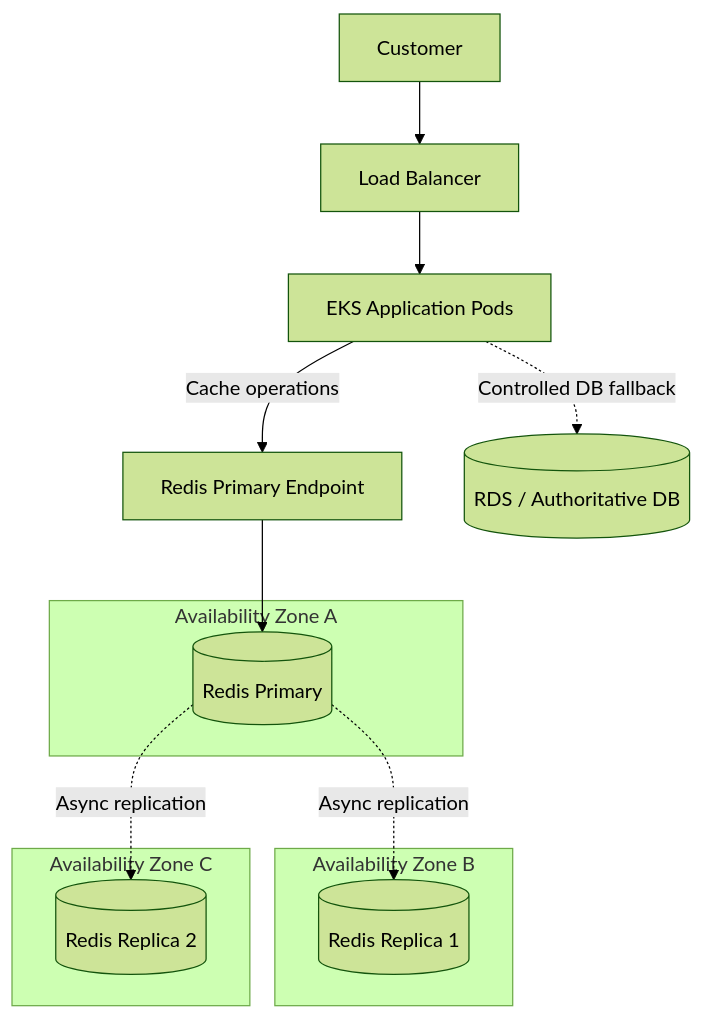
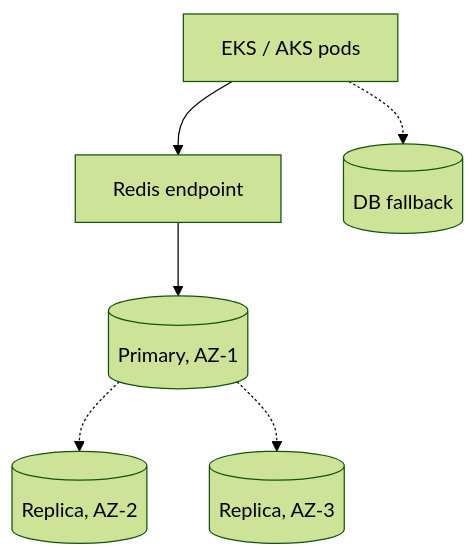
The ninth of 14 diagrams in system_design_notes/04_caching_strategies_redis_ha_failure_recovery_interview_notes.md (Johnybritto/system_design), drawn with Mermaid (forest theme) before and after one commit. The commit also changed other lines of this file, not shown here.

Commit message:
docs: align caching guide with chat Q&A and simplify Mermaid diagrams

````diff
--- a/system_design_notes/04_caching_strategies_redis_ha_failure_recovery_interview_notes.md
+++ b/system_design_notes/04_caching_strategies_redis_ha_failure_recovery_interview_notes.md
@@ -257,23 +291,8 @@
 ```mermaid
 flowchart TD
-  U["Customer"]
-  LB["Load Balancer"]
-  APP["EKS Application Pods"]
-  EP["Redis Primary Endpoint"]
-  DB[("RDS / Authoritative DB")]
-  U --> LB --> APP
-  APP -->|"Cache operations"| EP
-  APP -.->|"Controlled DB fallback"| DB
-  subgraph AZ1["Availability Zone A"]
-    P[("Redis Primary")]
-  end
-  subgraph AZ2["Availability Zone B"]
-    R1[("Redis Replica 1")]
-  end
-  subgraph AZ3["Availability Zone C"]
-    R2[("Redis Replica 2")]
-  end
-  EP --> P
-  P -.->|"Async replication"| R1
-  P -.->|"Async replication"| R2
+  A["EKS / AKS pods"] --> B["Redis endpoint"]
+  B --> C[("Primary, AZ-1")]
+  C -.-> D[("Replica, AZ-2")]
+  C -.-> E[("Replica, AZ-3")]
+  A -.-> F[("DB fallback")]
 ```
````
